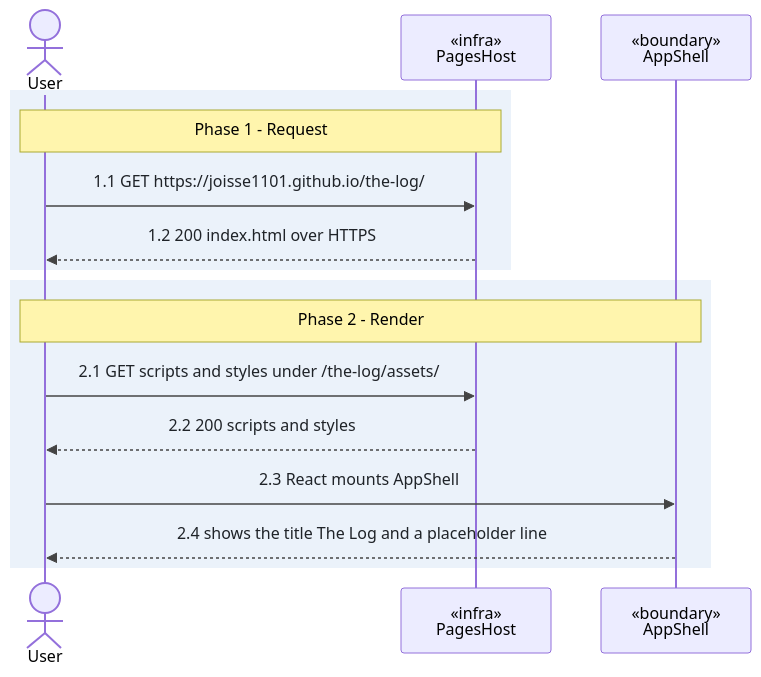
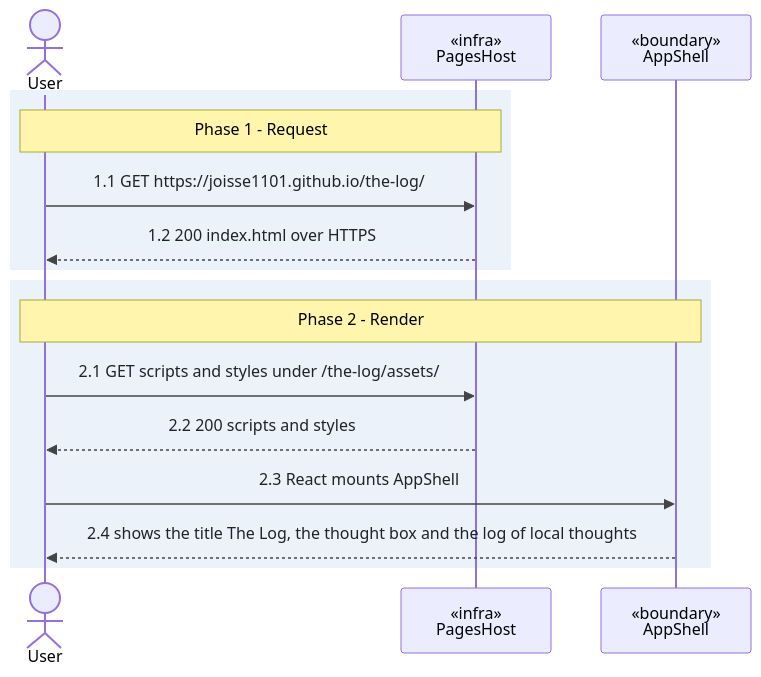
One commit to joisse1101/the-log changed the third of 3 diagrams in wiki/hosting/design.md. Above: the diagram before and after it, drawn with Mermaid. The commit also changed other lines of this file and 59 other files, not shown here.

````diff
--- a/wiki/hosting/design.md
+++ b/wiki/hosting/design.md
@@ -112,19 +112,19 @@
 ```mermaid
 %%{init: {'themeVariables': {'signalTextColor':'#1f2328','labelTextColor':'#1f2328','loopTextColor':'#1f2328','signalColor':'#444','labelBoxBkgColor':'#dde3ea','labelBoxBorderColor':'#444'}}}%%
 sequenceDiagram
   actor User
   participant Host as «infra»<br/>PagesHost
   participant Shell as «boundary»<br/>AppShell
   rect rgb(235, 242, 250)
     Note over User,Host: Phase 1 - Request
     User->>Host: 1.1 GET https://joisse1101.github.io/the-log/
     Host-->>User: 1.2 200 index.html over HTTPS
   end
   rect rgb(235, 242, 250)
     Note over User,Shell: Phase 2 - Render
     User->>Host: 2.1 GET scripts and styles under /the-log/assets/
     Host-->>User: 2.2 200 scripts and styles
     User->>Shell: 2.3 React mounts AppShell
-    Shell-->>User: 2.4 shows the title The Log and a placeholder line
+    Shell-->>User: 2.4 shows the title The Log, the thought box and the log of local thoughts
   end
 ```
````
